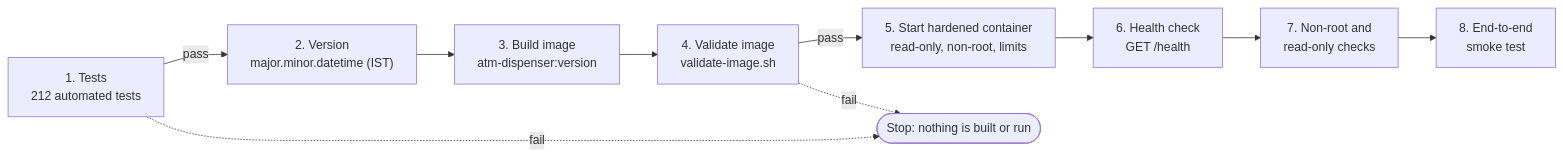
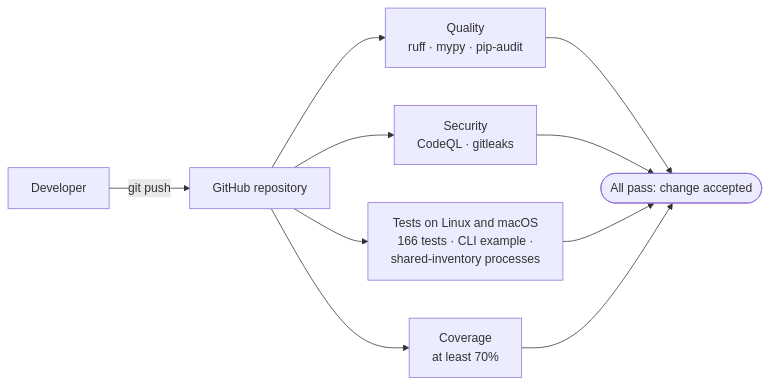
One commit to AnupamGupta86/InmarCodingAssignment changed the fifth of 5 diagrams in README.md. Above: the diagram before and after it, drawn with Mermaid. The commit also changed other lines of this file and 16 other files, not shown here.

````diff
--- a/README.md
+++ b/README.md
@@ -407,12 +315,12 @@
 ```mermaid
 flowchart LR
-    tests["1. Tests<br/>212 automated tests"] -->|pass| version["2. Version<br/>major.minor.datetime (IST)"]
-    version --> build["3. Build image<br/>atm-dispenser:version"]
-    build --> validate["4. Validate image<br/>validate-image.sh"]
-    validate -->|pass| run["5. Start hardened container<br/>read-only, non-root, limits"]
-    run --> health["6. Health check<br/>GET /health"]
-    health --> harden["7. Non-root and<br/>read-only checks"]
-    harden --> smoke["8. End-to-end<br/>smoke test"]
-    tests -.->|fail| stop(["Stop: nothing is built or run"])
-    validate -.->|fail| stop
+    dev["Developer"] -->|git push| repo["GitHub repository"]
+    repo --> quality["Quality<br/>ruff · mypy · pip-audit"]
+    repo --> sast["Security<br/>CodeQL · gitleaks"]
+    repo --> tests["Tests on Linux and macOS<br/>166 tests · CLI example ·<br/>shared-inventory processes"]
+    repo --> coverage["Coverage<br/>at least 70%"]
+    quality --> ok(["All pass: change accepted"])
+    sast --> ok
+    tests --> ok
+    coverage --> ok
 ```
````
